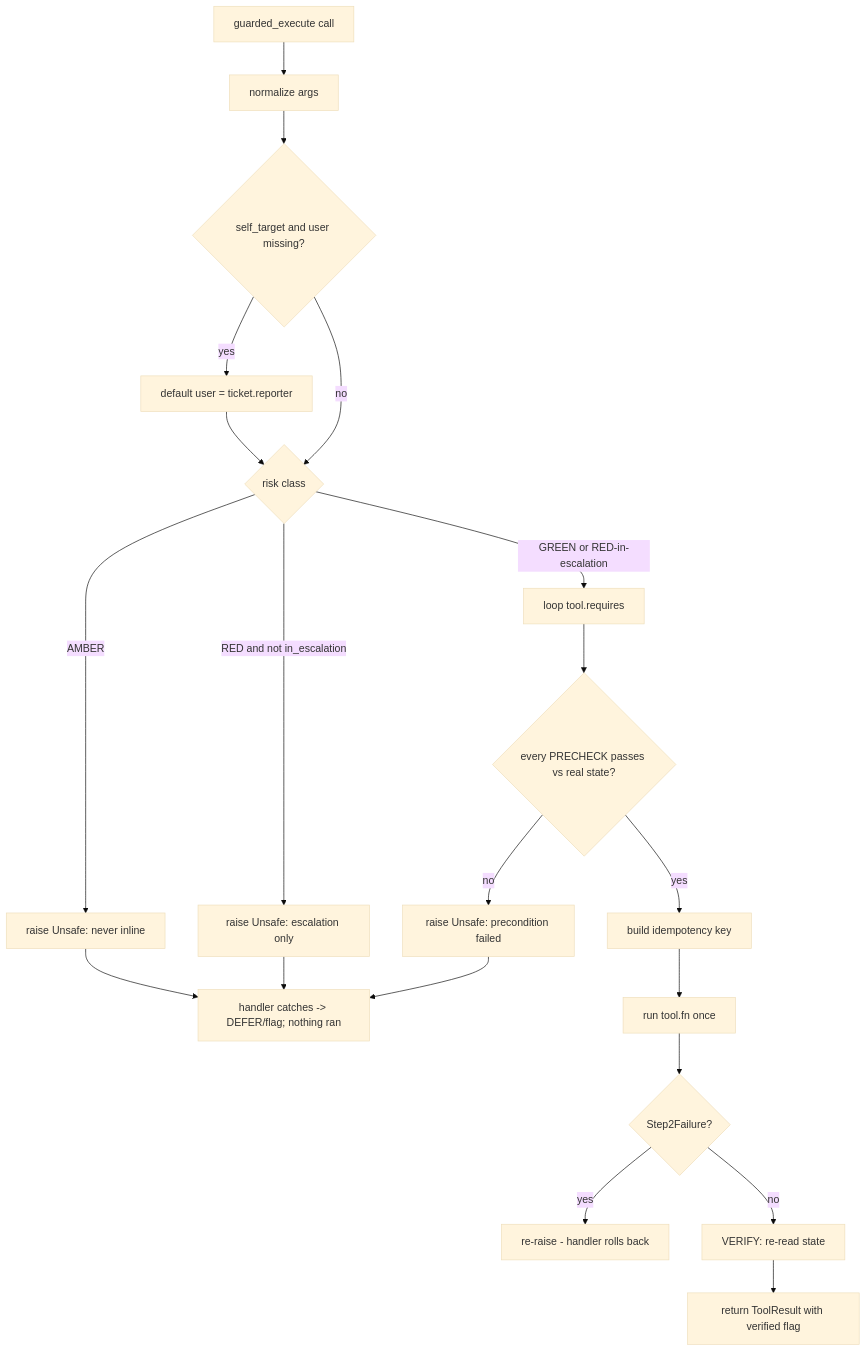
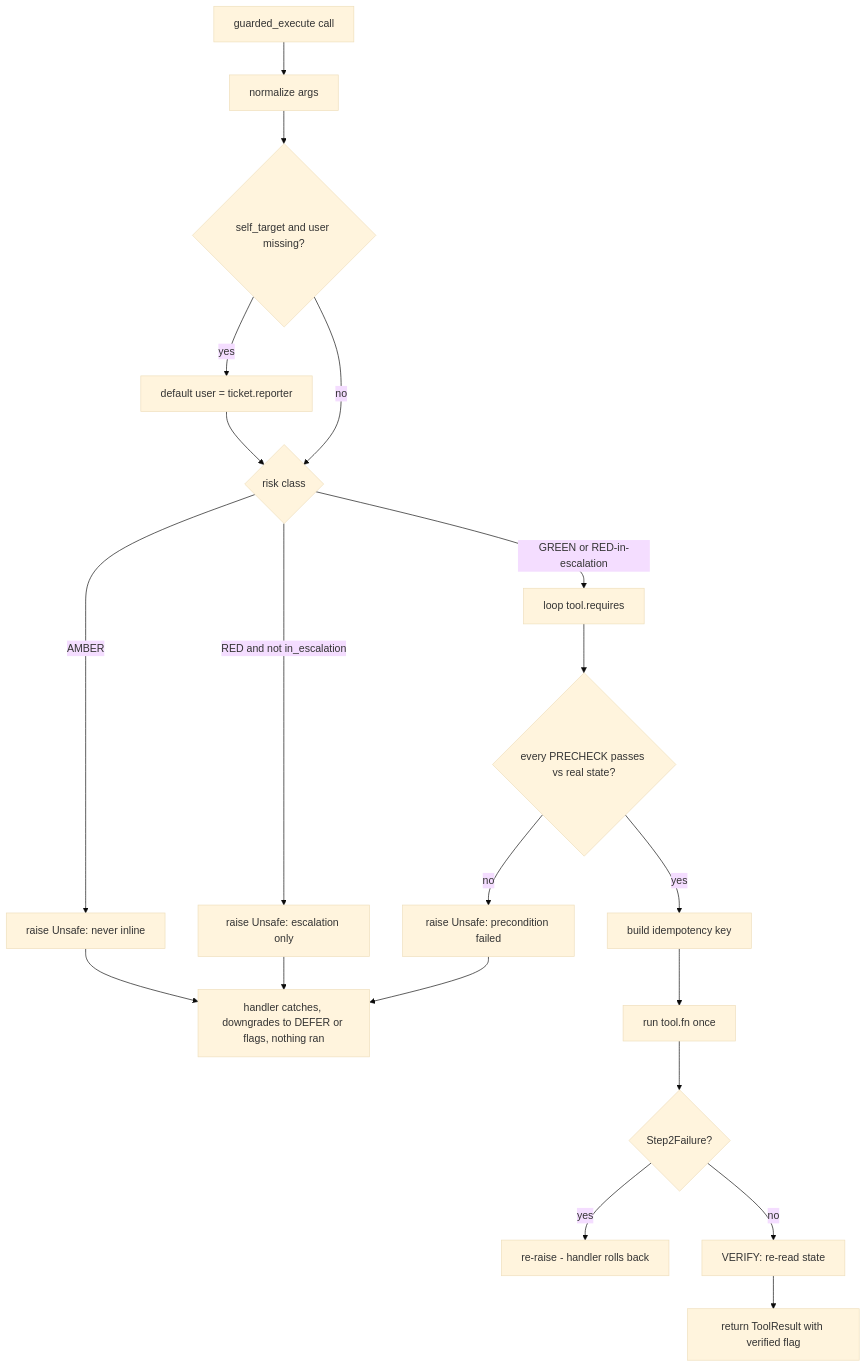
The third of 5 diagrams in LLD.md (NateshR/Autonomous-IT-Jira), drawn with Mermaid (base theme) before and after one commit. The commit also changed other lines of this file, not shown here.

First line of the commit message:
Fix Mermaid parse errors in LLD.md

````diff
--- a/LLD.md
+++ b/LLD.md
@@ -145,22 +145,22 @@
 ```mermaid
 flowchart TD
     A[guarded_execute call] --> B[normalize args]
     B --> B2{self_target and user missing?}
     B2 -- yes --> B3[default user = ticket.reporter]
     B2 -- no --> C
     B3 --> C{risk class}
     C -- AMBER --> X1[raise Unsafe: never inline]
     C -- RED and not in_escalation --> X2[raise Unsafe: escalation only]
     C -- GREEN or RED-in-escalation --> D[loop tool.requires]
     D --> E{every PRECHECK passes vs real state?}
     E -- no --> X3[raise Unsafe: precondition failed]
     E -- yes --> F[build idempotency key]
     F --> G[run tool.fn once]
     G --> H{Step2Failure?}
     H -- yes --> X4[re-raise - handler rolls back]
     H -- no --> I[VERIFY: re-read state]
     I --> J[return ToolResult with verified flag]
-    X1 --> Y[handler catches -> DEFER/flag; nothing ran]
+    X1 --> Y[handler catches, downgrades to DEFER or flags, nothing ran]
     X2 --> Y
     X3 --> Y
 ```
````
